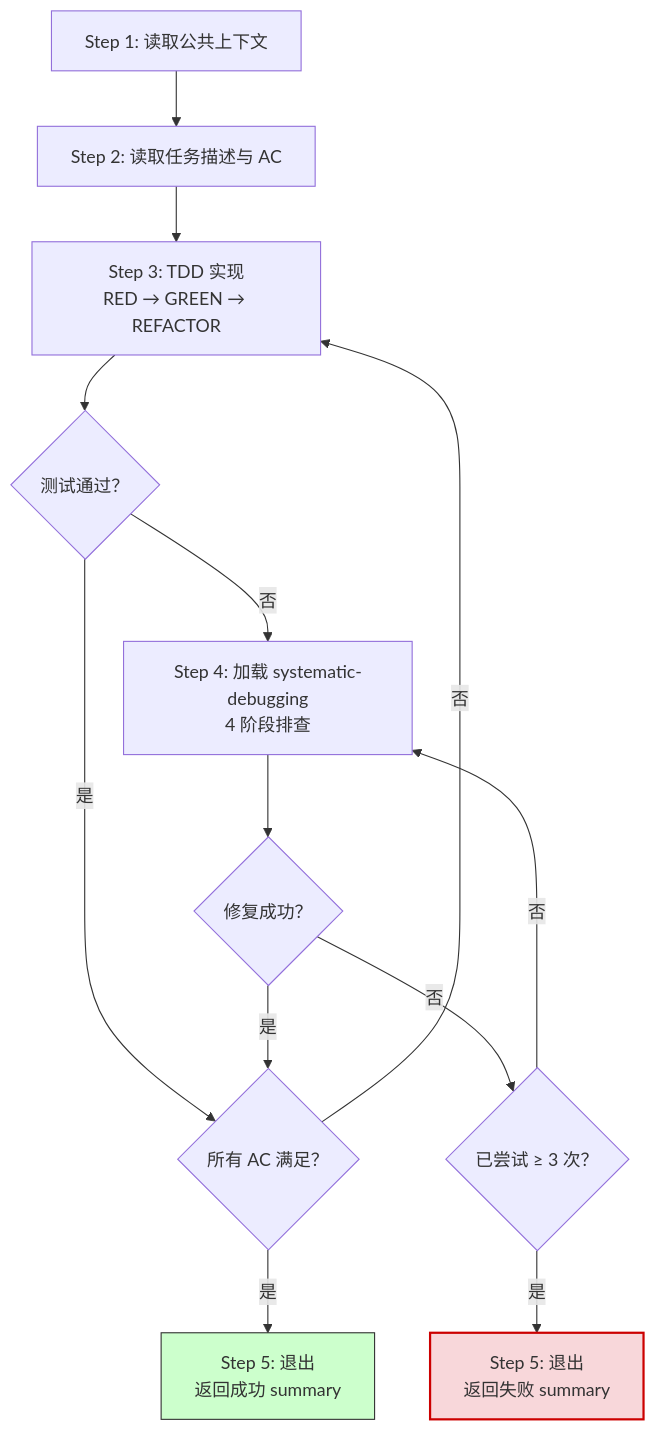
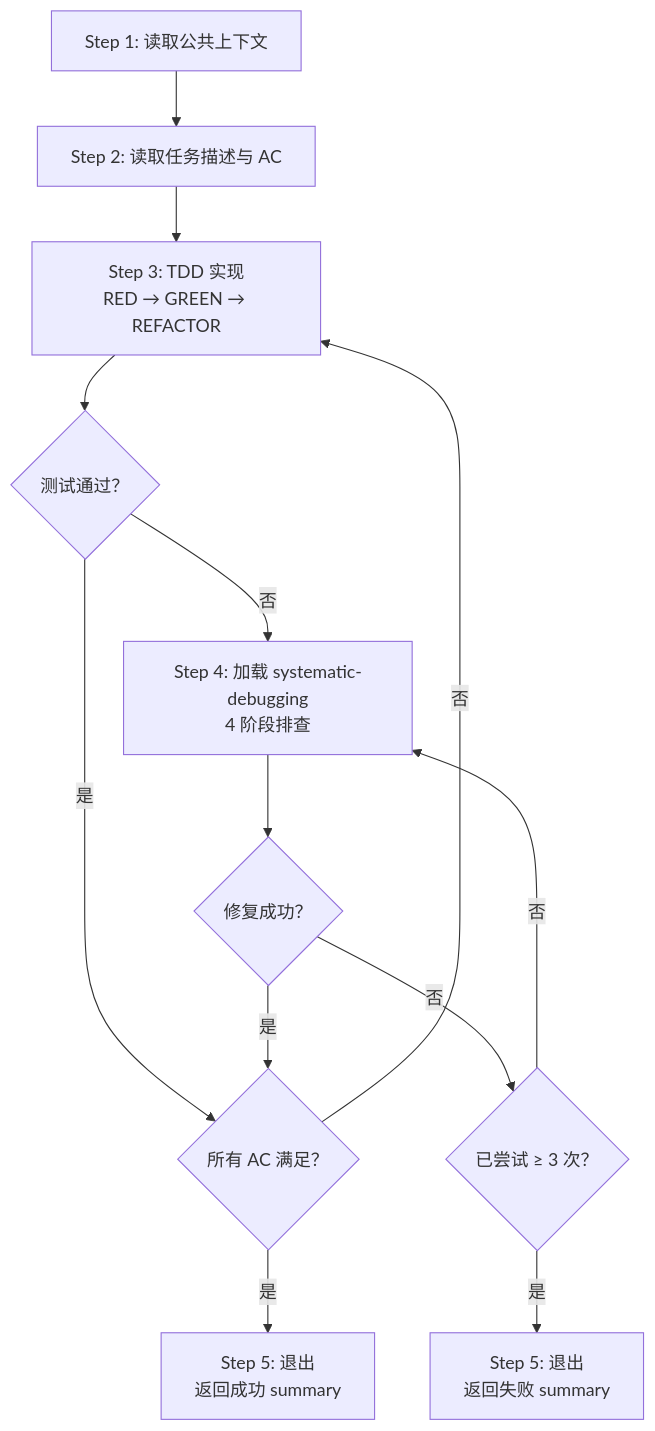
Before and after one commit to Hikaru518/opencode-config: the diagram in .opencode/agents/Monkey.md, drawn with Mermaid. The commit also changed other lines of this file and 1 other file, not shown here.

Commit message:
fix: correct file paths in documentation for consistency (#6)
- 文档一致性改动

````diff
--- a/.opencode/agents/Monkey.md
+++ b/.opencode/agents/Monkey.md
@@ -31,21 +31,19 @@
 ```mermaid
 flowchart TD
     S1["Step 1: 读取公共上下文"] --> S2["Step 2: 读取任务描述与 AC"]
     S2 --> S3["Step 3: TDD 实现<br>RED → GREEN → REFACTOR"]
 
     S3 --> testPass{"测试通过？"}
     testPass -- 是 --> allAC{"所有 AC 满足？"}
     testPass -- 否 --> S4["Step 4: 加载 systematic-debugging<br>4 阶段排查"]
 
     S4 --> fixOk{"修复成功？"}
     fixOk -- 是 --> allAC
     fixOk -- 否 --> retryCount{"已尝试 ≥ 3 次？"}
     retryCount -- 否 --> S4
-    retryCount -- 是 --> S5fail["Step 5: 退出<br>返回失败 summary"]:::fail
+    retryCount -- 是 --> S5fail["Step 5: 退出<br>返回失败 summary"]
 
     allAC -- 否 --> S3
-    allAC -- 是 --> S5ok["Step 5: 退出<br>返回成功 summary"]:::success
+    allAC -- 是 --> S5ok["Step 5: 退出<br>返回成功 summary"]
 
-    classDef success fill:#ccffcc,stroke:#333,stroke-width:1px
-    classDef fail fill:#f8d7da,stroke:#c00,stroke-width:2px
 ```
````
